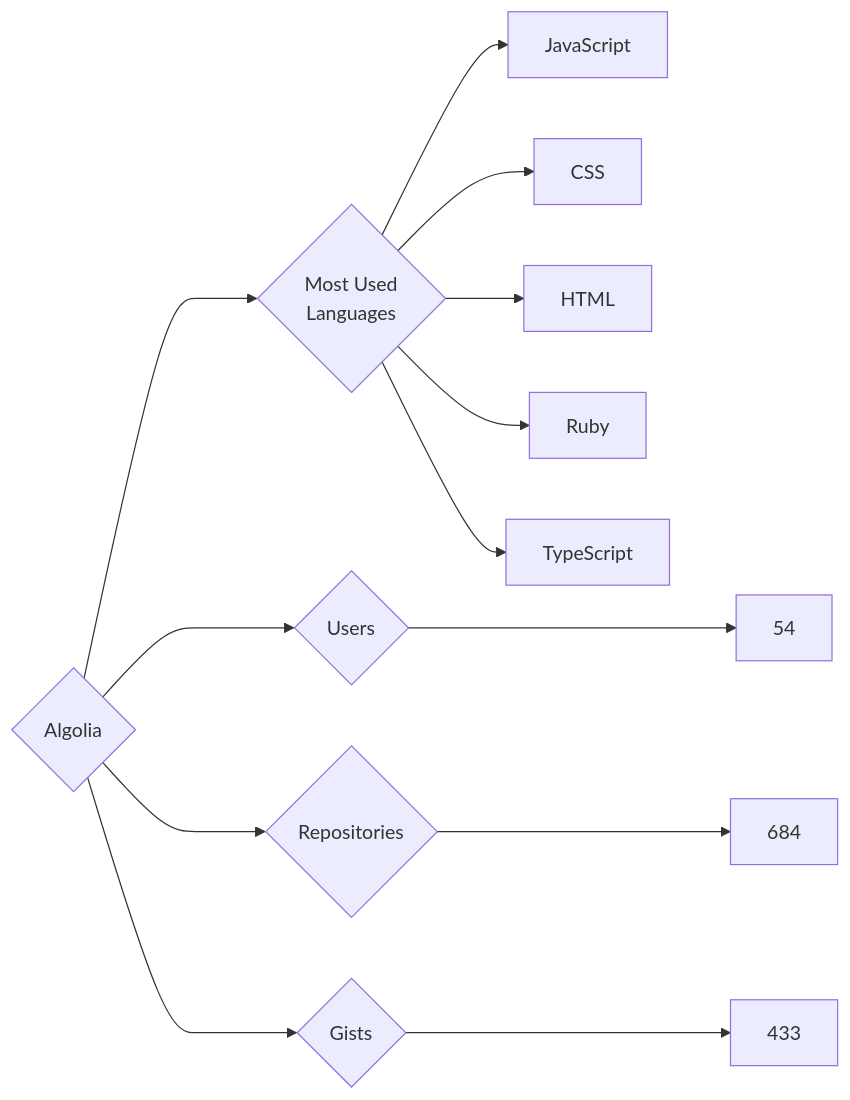
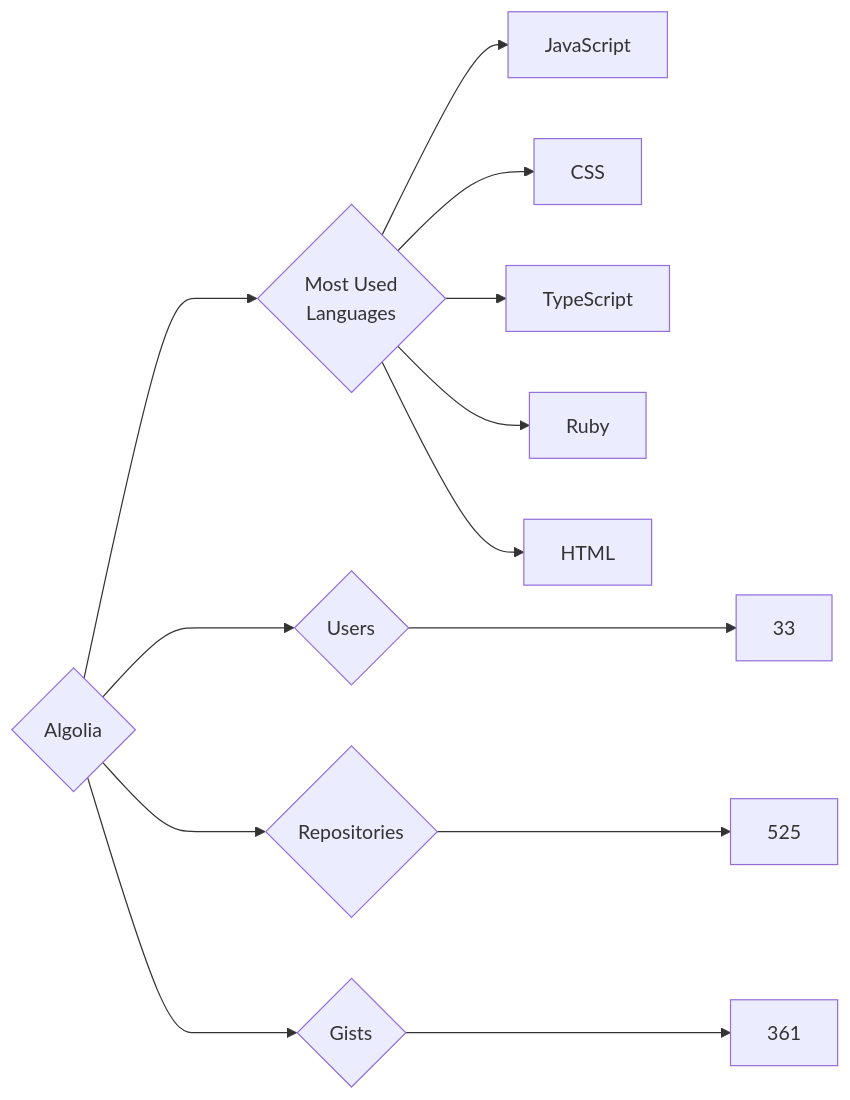
The diagram in targets/Algolia/README.md (trickest/insiders), drawn with Mermaid before and after one commit. The commit also changed 925 other files, not shown here.

````diff
--- a/targets/Algolia/README.md
+++ b/targets/Algolia/README.md
@@ -3,13 +3,13 @@
 ```mermaid
 graph LR
 COMPANY_NAME{Algolia}
-COMPANY_NAME ---> U{Users} ---> UN[54]
-COMPANY_NAME ---> R{Repositories} ---> RN[684]
-COMPANY_NAME ---> G{Gists} ---> GN[433]
+COMPANY_NAME ---> U{Users} ---> UN[33]
+COMPANY_NAME ---> R{Repositories} ---> RN[525]
+COMPANY_NAME ---> G{Gists} ---> GN[361]
 COMPANY_NAME ---> ML{Most Used<br>Languages}
 ML --> JavaScript[JavaScript]
 ML --> CSS[CSS]
+ML --> TypeScript[TypeScript]
+ML --> Ruby[Ruby]
 ML --> HTML[HTML]
-ML --> Ruby[Ruby]
-ML --> TypeScript[TypeScript]
 ```
````
